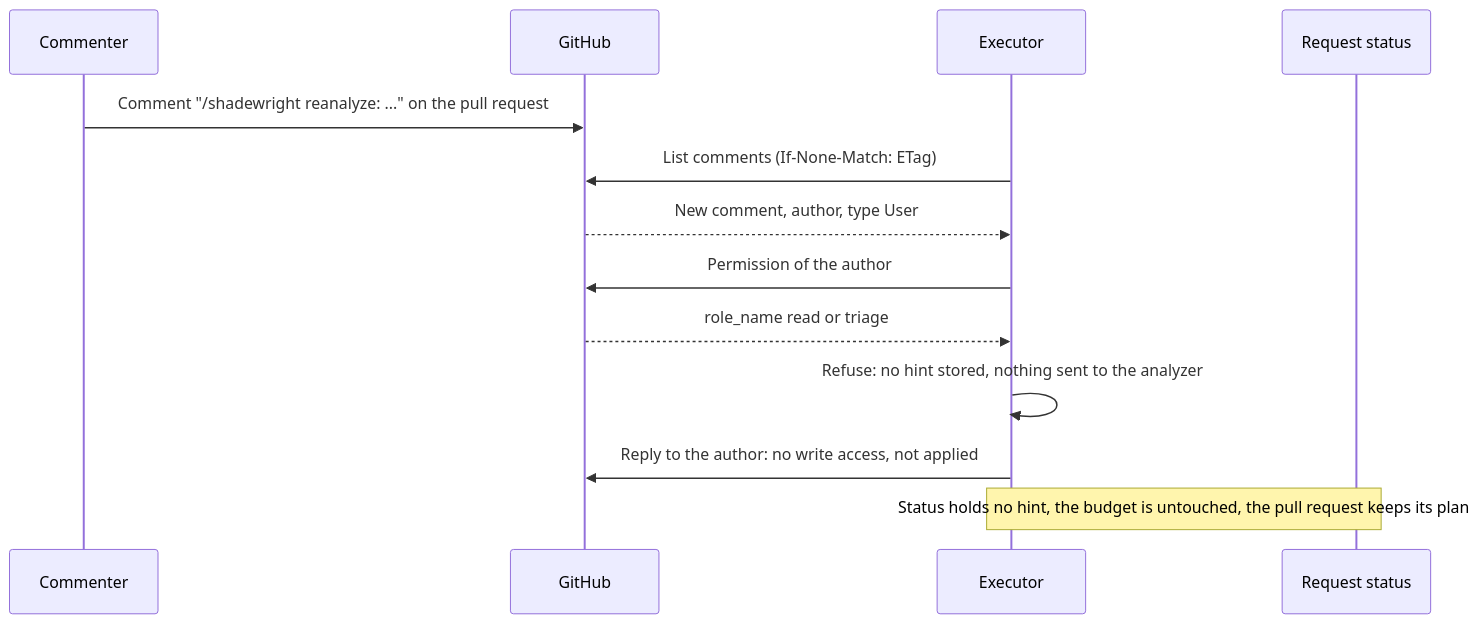
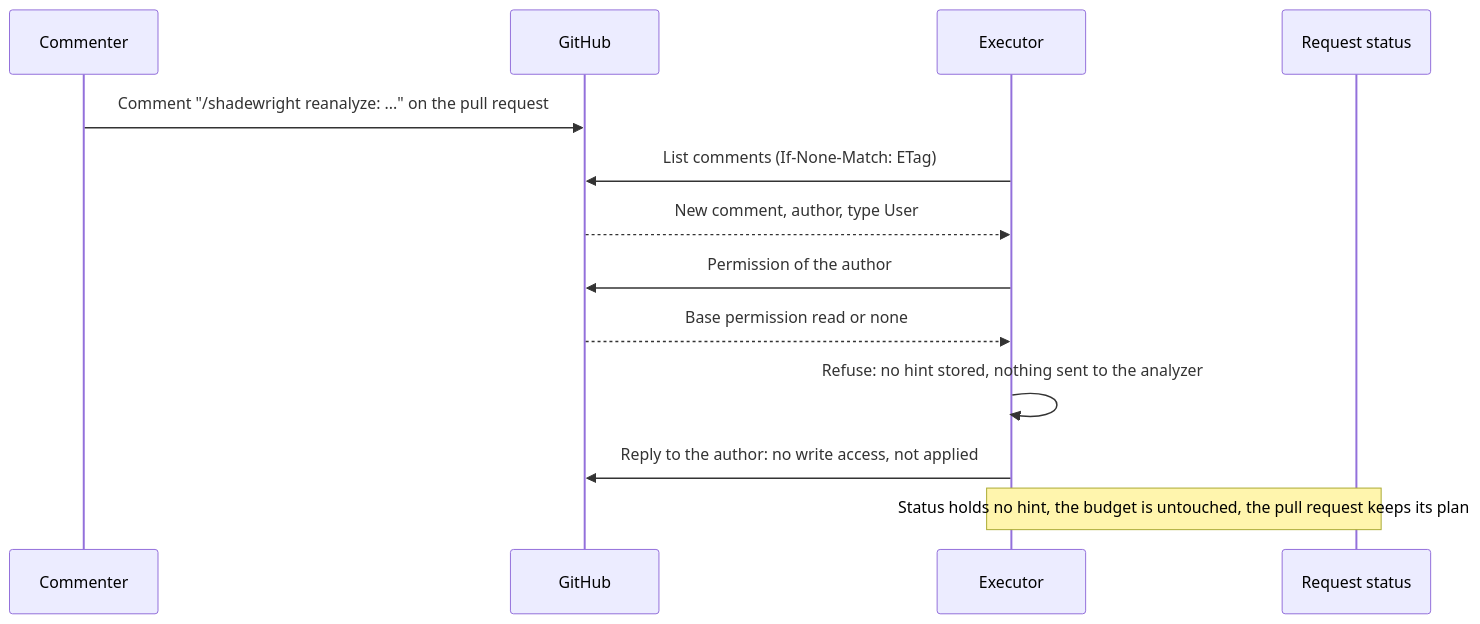
Before and after one commit to pkalin/shadewright: the third of 3 diagrams in docs/adr/0028-reviewer-hints-through-the-pull-request.md, drawn with Mermaid. The commit also changed other lines of this file and 8 other files, not shown here.

````diff
--- a/docs/adr/0028-reviewer-hints-through-the-pull-request.md
+++ b/docs/adr/0028-reviewer-hints-through-the-pull-request.md
@@ -150,15 +178,15 @@
 ```mermaid
 sequenceDiagram
     participant C as Commenter
     participant G as GitHub
     participant E as Executor
     participant S as Request status
     C->>G: Comment "/shadewright reanalyze: ..." on the pull request
     E->>G: List comments (If-None-Match: ETag)
     G-->>E: New comment, author, type User
     E->>G: Permission of the author
-    G-->>E: role_name read or triage
+    G-->>E: Base permission read or none
     E->>E: Refuse: no hint stored, nothing sent to the analyzer
     E->>G: Reply to the author: no write access, not applied
     Note over E,S: Status holds no hint, the budget is untouched, the pull request keeps its plan
 ```
````
